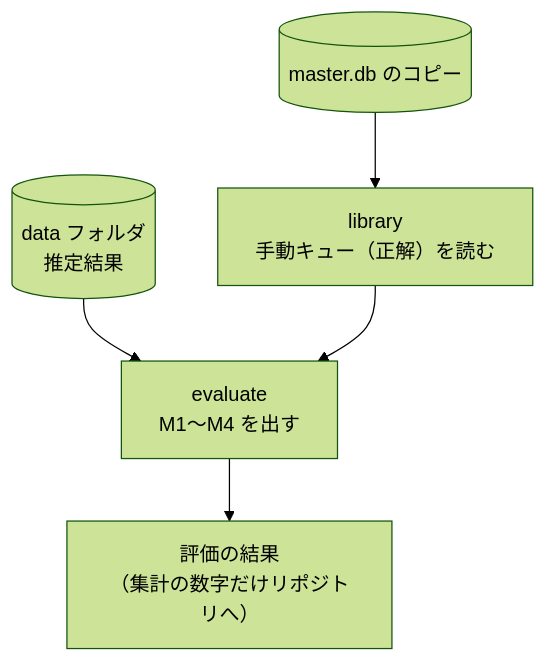
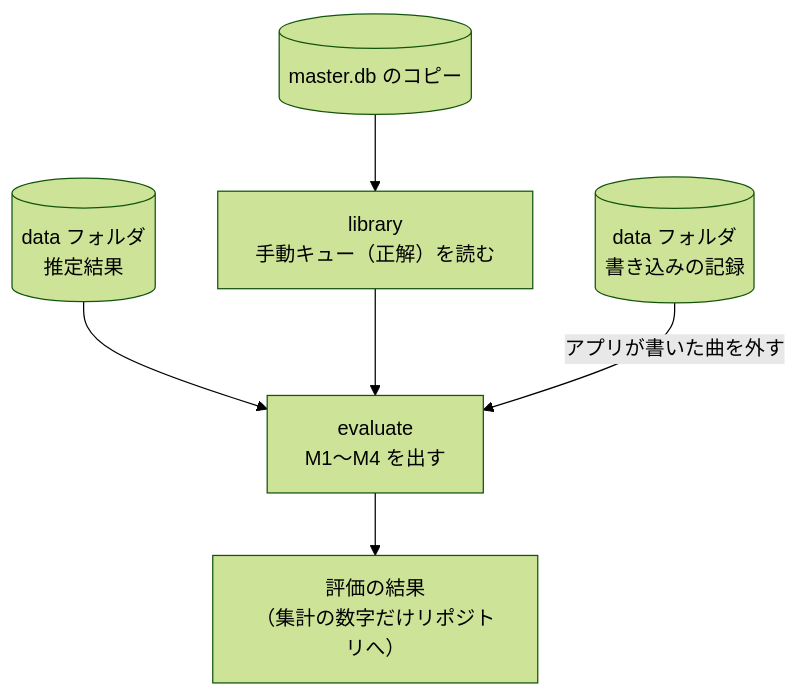
The third of 3 diagrams in docs/architecture.md (hayato12/cueing-bot), drawn with Mermaid (forest theme) before and after one commit. The commit also changed other lines of this file and 4 other files, not shown here.

````diff
--- a/docs/architecture.md
+++ b/docs/architecture.md
@@ -39,7 +39,8 @@
 ```mermaid
 flowchart TD
     DB[(master.db のコピー)] --> LIB["library<br/>手動キュー（正解）を読む"]
     STORE[("data フォルダ<br/>推定結果")] --> EVAL["evaluate<br/>M1〜M4 を出す"]
     LIB --> EVAL
+    LOG[("data フォルダ<br/>書き込みの記録")] -- アプリが書いた曲を外す --> EVAL
     EVAL --> OUT["評価の結果<br/>（集計の数字だけリポジトリへ）"]
 ```
````
